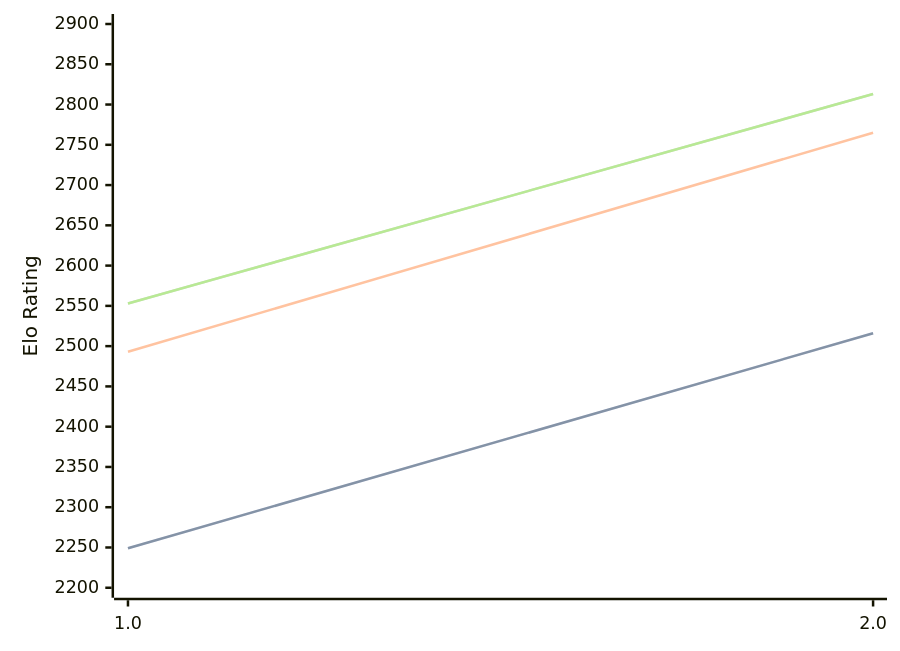
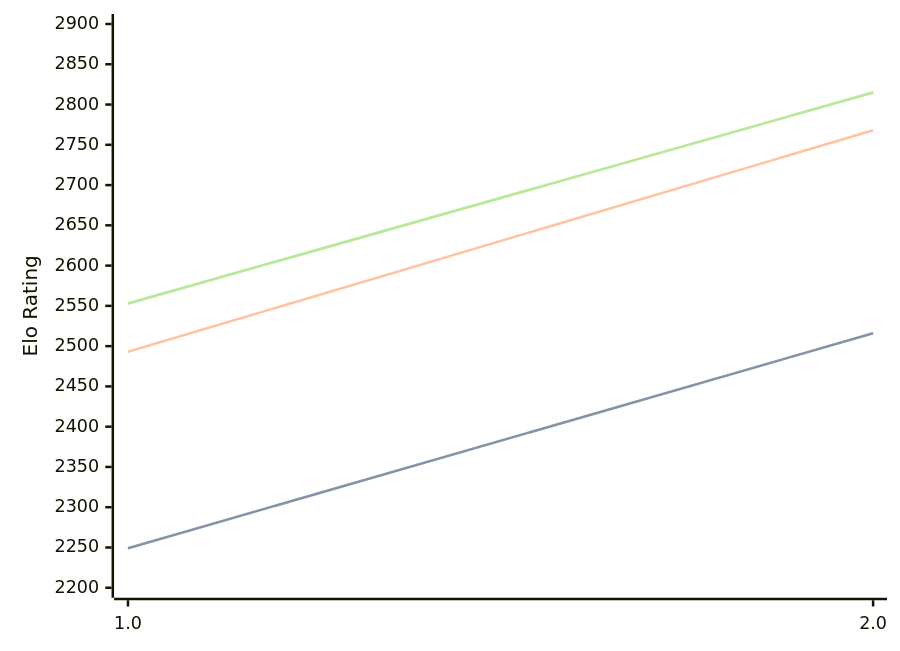
The first of 3 diagrams in engines/Revolver.md (computer-chess-index/cci), drawn with Mermaid before and after one commit. The commit also changed other lines of this file, not shown here.

Commit message:
Update CCI Ratings (ELO VLTC) - 2026-06-23

````diff
--- a/engines/Revolver.md
+++ b/engines/Revolver.md
@@ -32,11 +32,11 @@
 ```mermaid
 %%{init: {"theme":"base","themeVariables":{"seriesColors:['#a3a3a3','#222221','#faa371']}}}%%
 xychart-beta
   x-axis ["1.0", "2.0"]
   y-axis "Elo Rating" 2200 --> 2900
   line "STC (8.0+0.08s)" [2249, 2516]
   line "STC (8.0+0.08s)" [2249, 2516]
-  line "LTC (60.0+0.60s)" [2493, 2765]
-  line "VLTC (2m24s+1.12s)" [2553, 2813]
-  line "VLTC (2m24s+1.12s)" [2553, 2813]
+  line "LTC (60.0+0.60s)" [2493, 2768]
+  line "VLTC (2m24s+1.12s)" [2553, 2815]
+  line "VLTC (2m24s+1.12s)" [2553, 2815]
 ```
````
